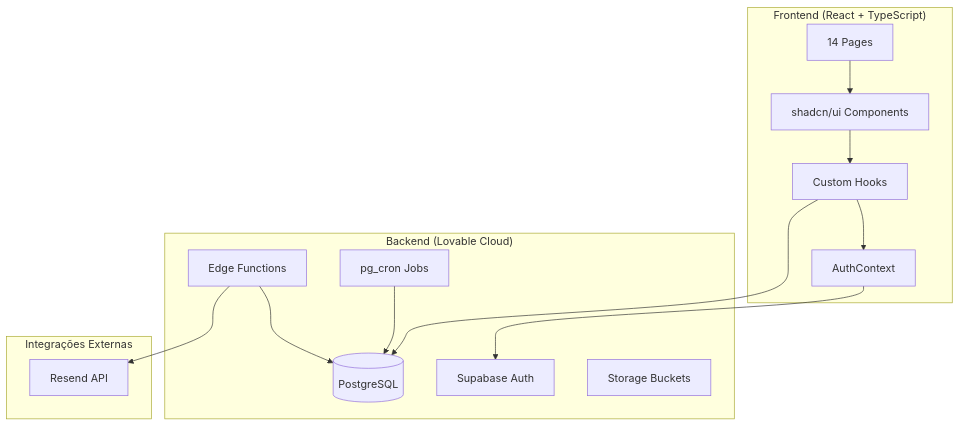
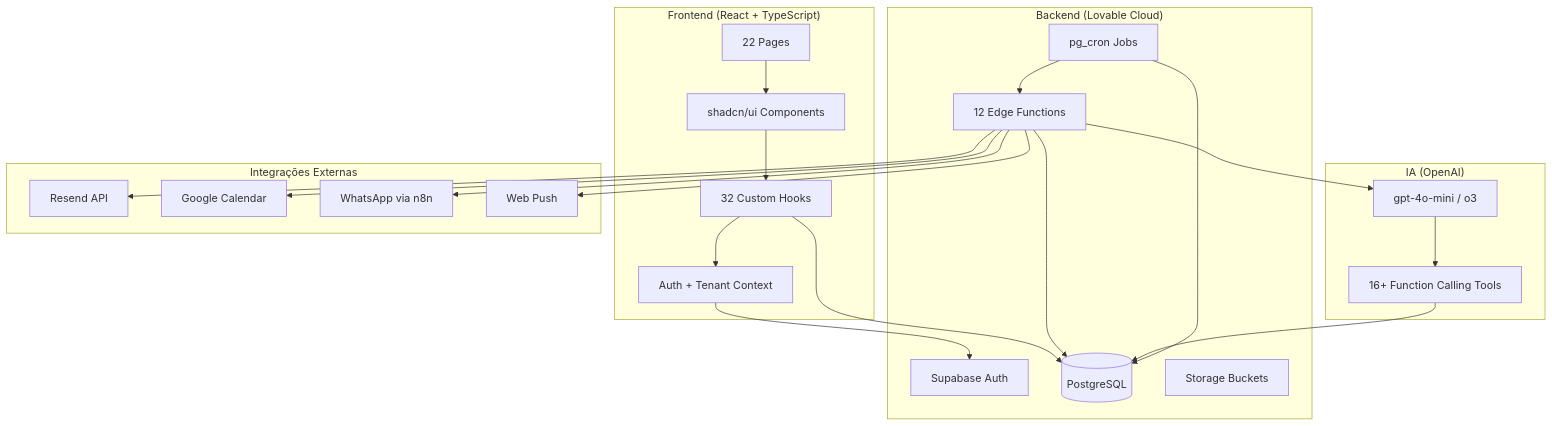
One commit to WesterlleyNeres/seu-dinheiro-planejado changed the first of 8 diagrams in DOCUMENTATION.md. Above: the diagram before and after it, drawn with Mermaid. The commit also changed other lines of this file and 5 other files, not shown here.

````diff
--- a/DOCUMENTATION.md
+++ b/DOCUMENTATION.md
@@ -120,30 +154,45 @@
 ```mermaid
 graph TB
     subgraph Frontend["Frontend (React + TypeScript)"]
         UI[shadcn/ui Components]
-        Pages[14 Pages]
-        Hooks[Custom Hooks]
-        Context[AuthContext]
+        Pages[22 Pages]
+        Hooks[32 Custom Hooks]
+        Context[Auth + Tenant Context]
     end
     
     subgraph Backend["Backend (Lovable Cloud)"]
         Auth[Supabase Auth]
         DB[(PostgreSQL)]
-        Edge[Edge Functions]
+        Edge[12 Edge Functions]
         Storage[Storage Buckets]
         Cron[pg_cron Jobs]
     end
     
+    subgraph AI["IA (OpenAI)"]
+        GPT[gpt-4o-mini / o3]
+        Tools[16+ Function Calling Tools]
+    end
+    
     subgraph External["Integrações Externas"]
         Resend[Resend API]
+        Google[Google Calendar]
+        WhatsApp[WhatsApp via n8n]
+        Push[Web Push]
     end
     
     UI --> Hooks
     Hooks --> Context
     Context --> Auth
     Hooks --> DB
     Edge --> DB
+    Edge --> GPT
+    GPT --> Tools
+    Tools --> DB
     Edge --> Resend
+    Edge --> Google
+    Edge --> WhatsApp
+    Edge --> Push
     Cron --> DB
+    Cron --> Edge
     Pages --> UI
 ```
````
